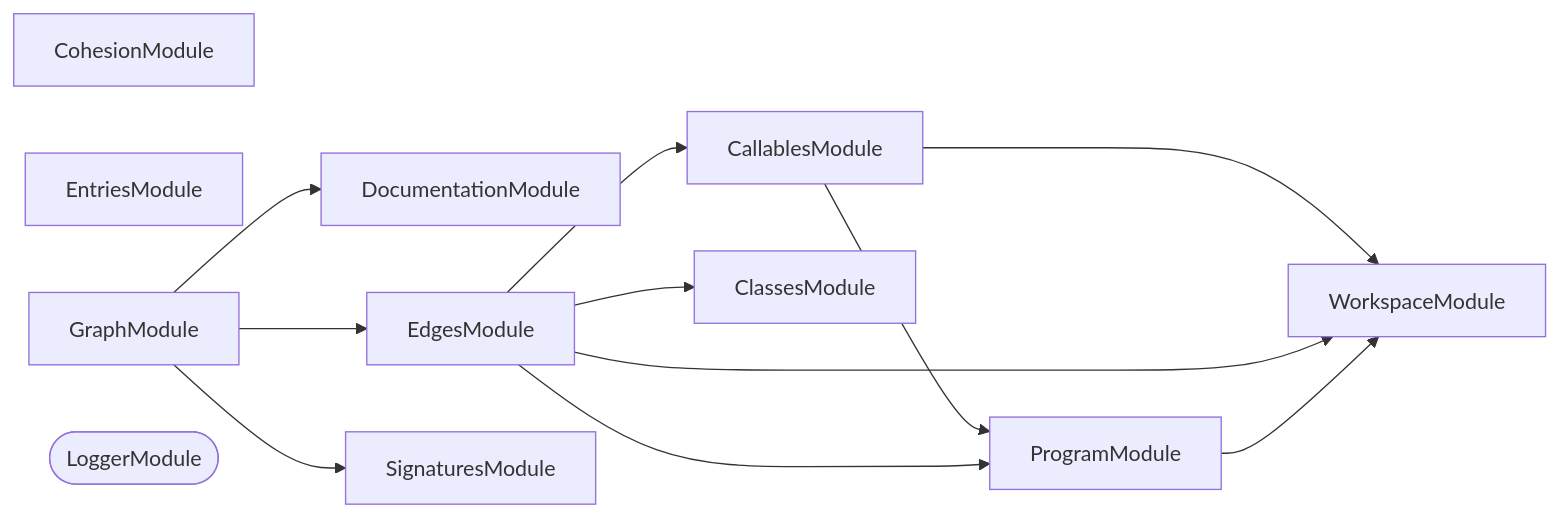
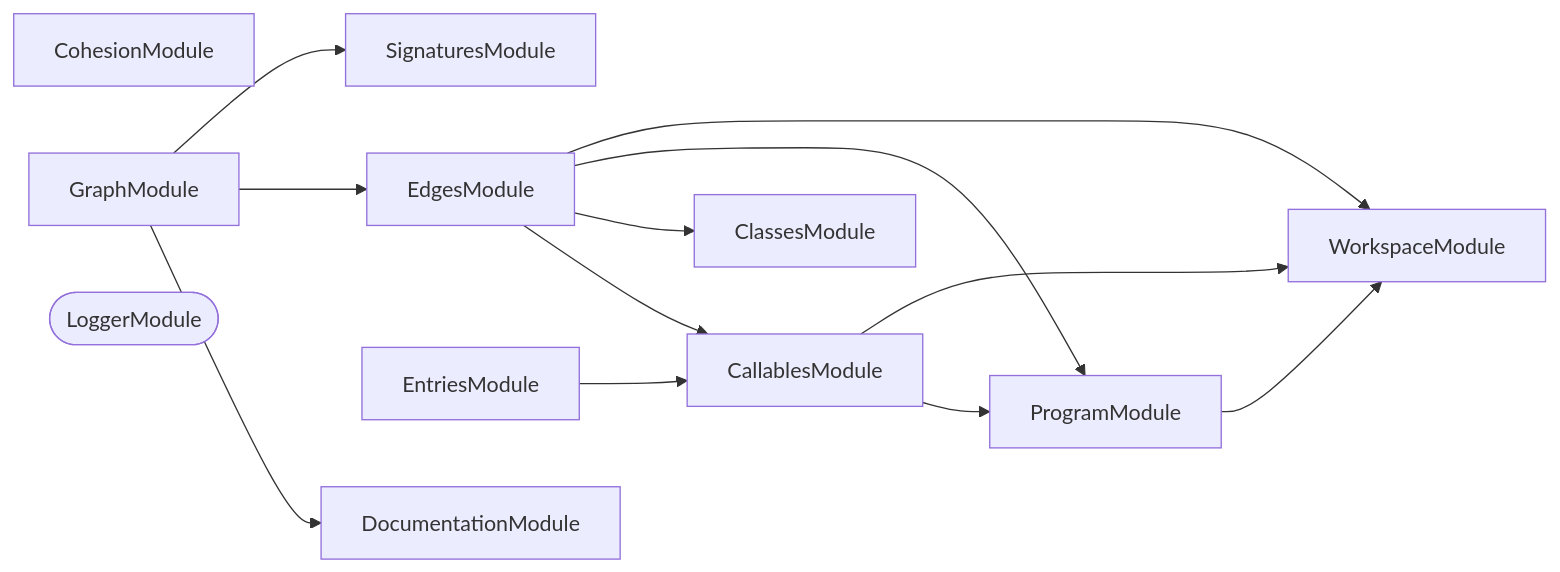
Before and after one commit to JimmyPaolini/codebase: the second of 3 diagrams in packages/callidescope-graph/README.md, drawn with Mermaid. The commit also changed other lines of this file and 17 other files, not shown here.

````diff
--- a/packages/callidescope-graph/README.md
+++ b/packages/callidescope-graph/README.md
@@ -235,24 +260,25 @@
 ```mermaid
 flowchart LR
   CallablesModule
   ClassesModule
   CohesionModule
   DocumentationModule
   EdgesModule
   EntriesModule
   GraphModule
   LoggerModule([LoggerModule])
   ProgramModule
   SignaturesModule
   WorkspaceModule
   CallablesModule --> ProgramModule
   CallablesModule --> WorkspaceModule
   EdgesModule --> CallablesModule
   EdgesModule --> ClassesModule
   EdgesModule --> ProgramModule
   EdgesModule --> WorkspaceModule
+  EntriesModule --> CallablesModule
   GraphModule --> DocumentationModule
   GraphModule --> EdgesModule
   GraphModule --> SignaturesModule
   ProgramModule --> WorkspaceModule
 ```
````
